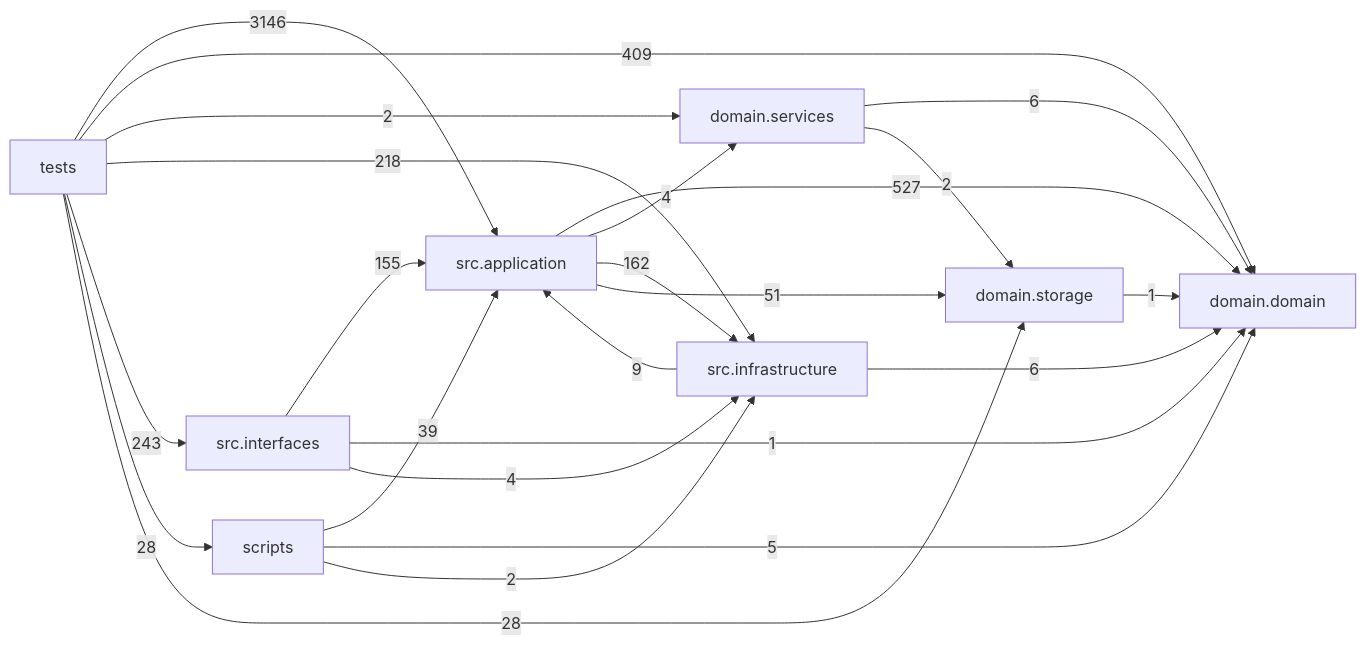
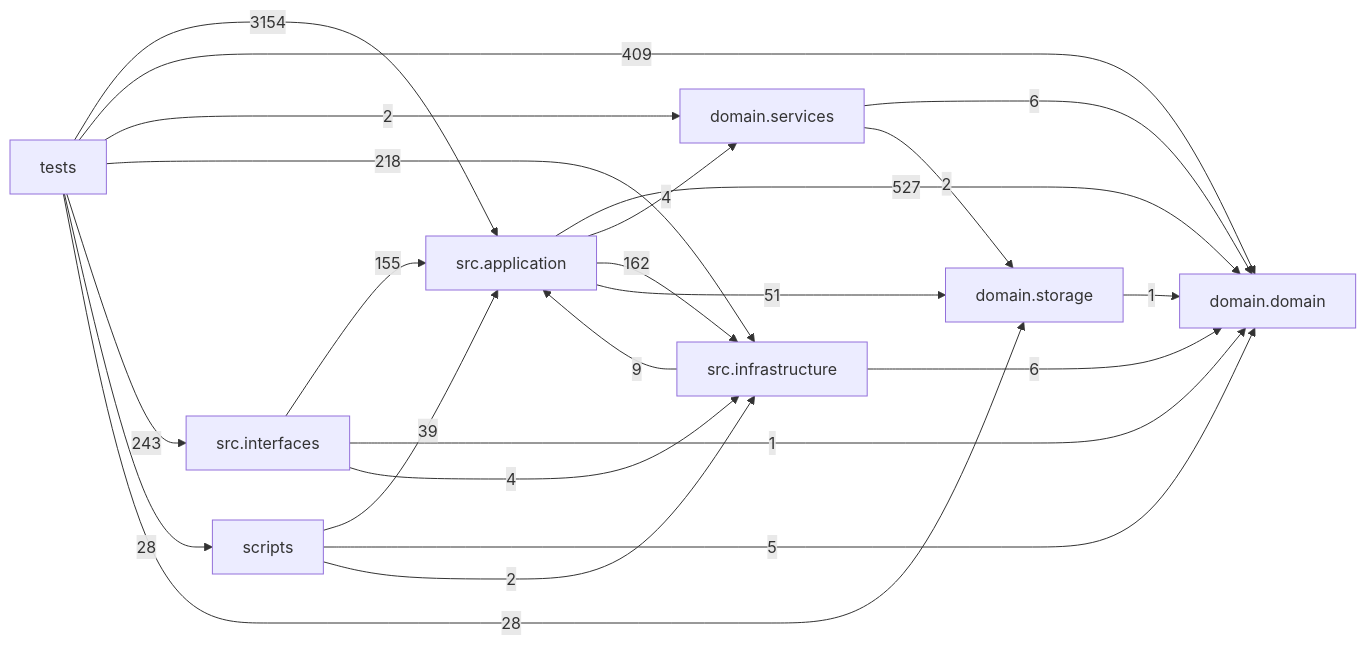
Before and after one commit to liuxie066/options-monitor: the diagram in docs/DEPENDENCY_GRAPH.md, drawn with Mermaid. The commit also changed other lines of this file and 5 other files, not shown here.

````diff
--- a/docs/DEPENDENCY_GRAPH.md
+++ b/docs/DEPENDENCY_GRAPH.md
@@ -24,33 +24,33 @@
 ```mermaid
 flowchart LR
   tests["tests"]
   scripts["scripts"]
   interfaces["src.interfaces"]
   application["src.application"]
   infrastructure["src.infrastructure"]
   domain_services["domain.services"]
   domain["domain.domain"]
   storage["domain.storage"]
   application -->|527| domain
   application -->|4| domain_services
   application -->|162| infrastructure
   application -->|51| storage
   domain_services -->|6| domain
   domain_services -->|2| storage
   infrastructure -->|9| application
   infrastructure -->|6| domain
   interfaces -->|155| application
   interfaces -->|1| domain
   interfaces -->|4| infrastructure
   scripts -->|39| application
   scripts -->|5| domain
   scripts -->|2| infrastructure
   storage -->|1| domain
-  tests -->|3146| application
+  tests -->|3154| application
   tests -->|409| domain
   tests -->|2| domain_services
   tests -->|218| infrastructure
   tests -->|243| interfaces
   tests -->|28| scripts
   tests -->|28| storage
 ```
````
